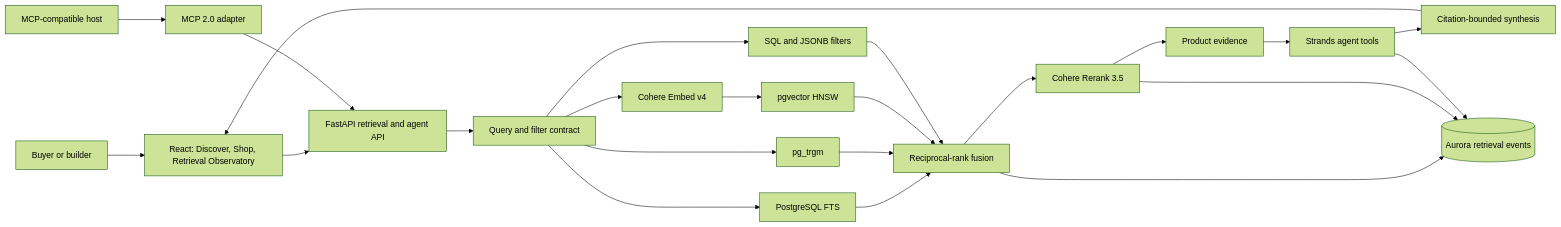
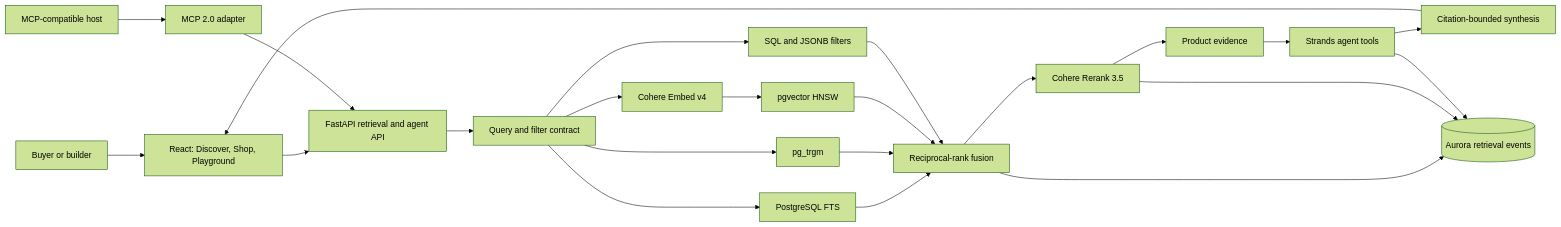
Before and after one commit to aws-samples/sample-agentic-hybrid-retrieval-aurora-postgresql: the diagram in README.md, drawn with Mermaid (forest theme). The commit also changed other lines of this file and 6 other files, not shown here.

````diff
--- a/README.md
+++ b/README.md
@@ -121,28 +119,28 @@
 ```mermaid
 flowchart LR
-    U[Buyer or builder] --> UI[React: Discover, Shop, Retrieval Observatory]
+    U[Buyer or builder] --> UI[React: Discover, Shop, Playground]
     UI --> API[FastAPI retrieval and agent API]
     H[MCP-compatible host] --> MCP[MCP 2.0 adapter]
     MCP --> API
 
     API --> Q[Query and filter contract]
     Q --> FTS[PostgreSQL FTS]
     Q --> TRI[pg_trgm]
     Q --> EMB[Cohere Embed v4]
     EMB --> HNSW[pgvector HNSW]
     Q --> FIL[SQL and JSONB filters]
 
     FTS --> RRF[Reciprocal-rank fusion]
     TRI --> RRF
     HNSW --> RRF
     FIL --> RRF
     RRF --> RR[Cohere Rerank 3.5]
     RR --> EV[Product evidence]
     EV --> AG[Strands agent tools]
     AG --> SYN[Citation-bounded synthesis]
     SYN --> UI
 
     RRF --> AUDIT[(Aurora retrieval events)]
     RR --> AUDIT
     AG --> AUDIT
 ```
````
